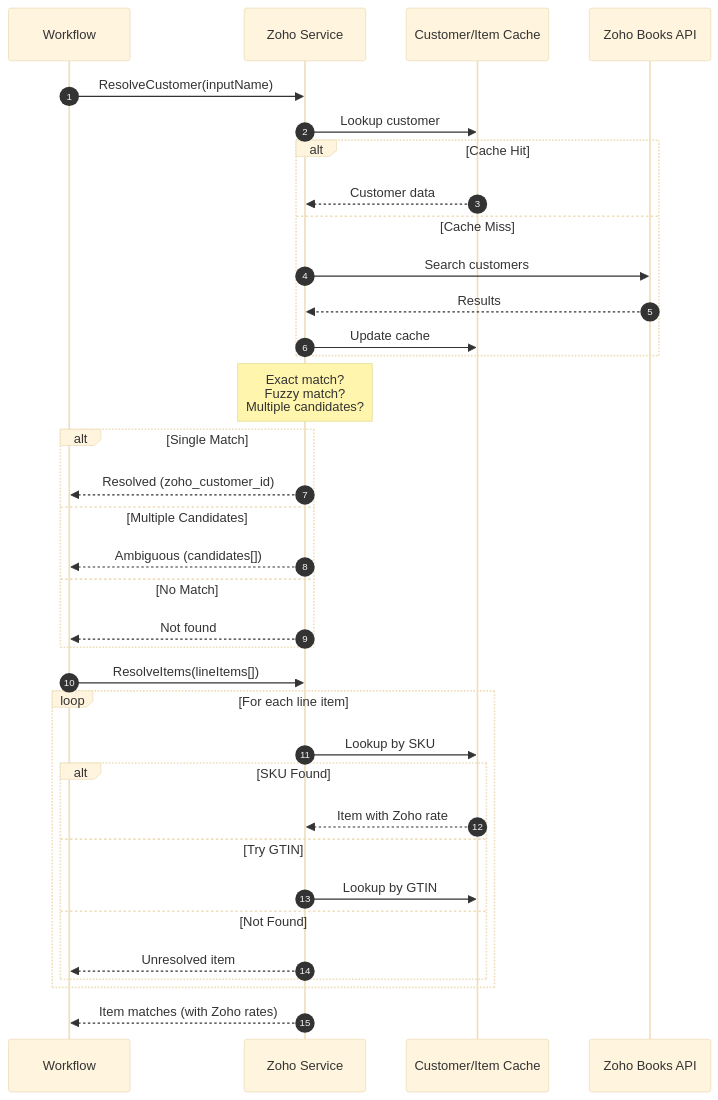
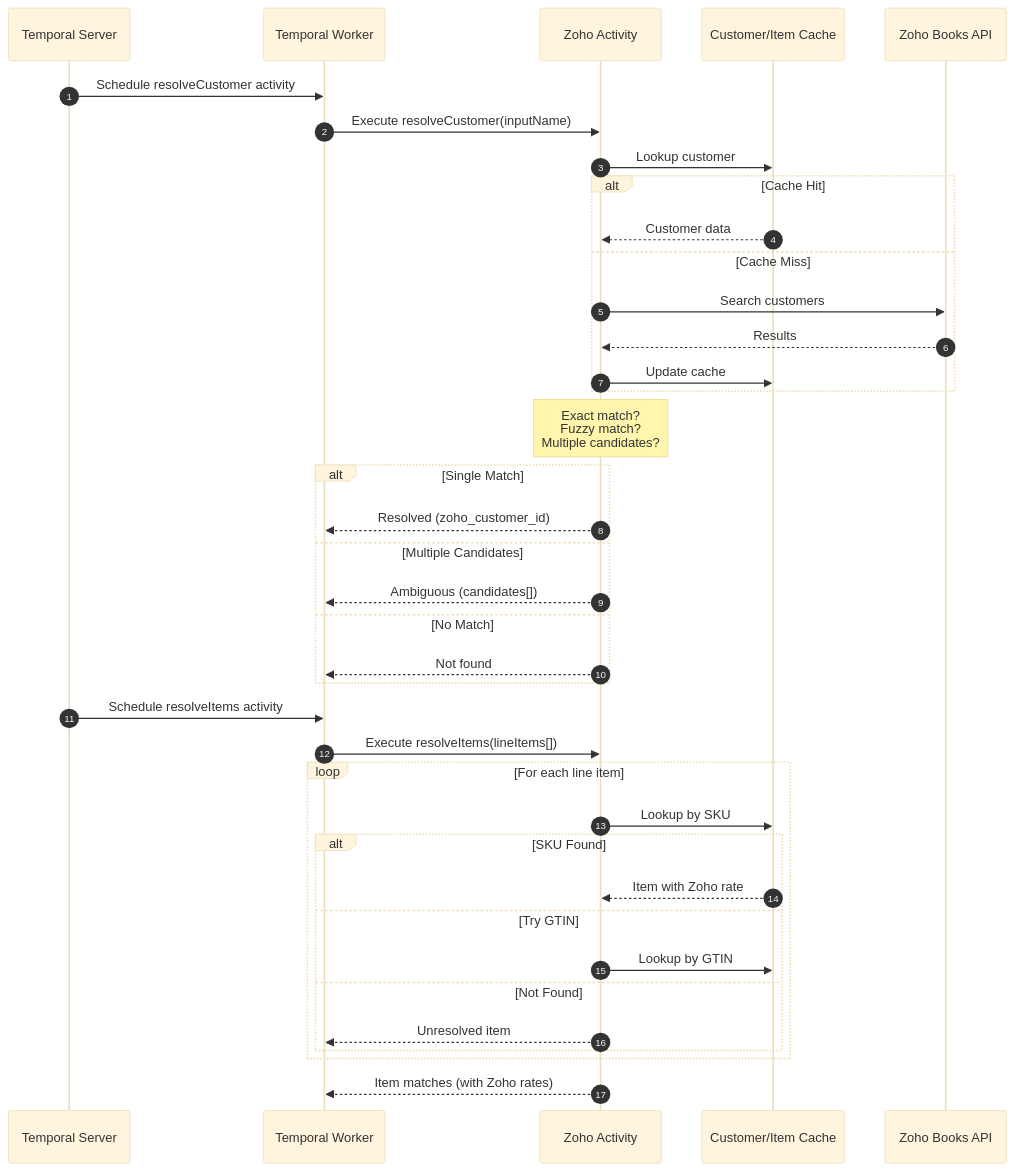
The sixth of 11 diagrams in app/docs/architecture/data-flow.md (CoronovirusG10/Zoho-order-processing), drawn with Mermaid (base theme) before and after one commit. The commit also changed other lines of this file and 40 other files, not shown here.

Commit message:
Add VM migration architecture, Temporal workflow implementation, and infrastructure updates

````diff
--- a/app/docs/architecture/data-flow.md
+++ b/app/docs/architecture/data-flow.md
@@ -189,44 +213,47 @@
 ```mermaid
 sequenceDiagram
     autonumber
-    participant W as Workflow
-    participant Z as Zoho Service
+    participant Temp as Temporal Server
+    participant W as Temporal Worker
+    participant Z as Zoho Activity
     participant Cache as Customer/Item Cache
     participant API as Zoho Books API
 
-    W->>Z: ResolveCustomer(inputName)
+    Temp->>W: Schedule resolveCustomer activity
+    W->>Z: Execute resolveCustomer(inputName)
     Z->>Cache: Lookup customer
 
     alt Cache Hit
         Cache-->>Z: Customer data
     else Cache Miss
         Z->>API: Search customers
         API-->>Z: Results
         Z->>Cache: Update cache
     end
 
     Note over Z: Exact match?<br/>Fuzzy match?<br/>Multiple candidates?
 
     alt Single Match
         Z-->>W: Resolved (zoho_customer_id)
     else Multiple Candidates
         Z-->>W: Ambiguous (candidates[])
     else No Match
         Z-->>W: Not found
     end
 
-    W->>Z: ResolveItems(lineItems[])
+    Temp->>W: Schedule resolveItems activity
+    W->>Z: Execute resolveItems(lineItems[])
 
     loop For each line item
         Z->>Cache: Lookup by SKU
         alt SKU Found
             Cache-->>Z: Item with Zoho rate
         else Try GTIN
             Z->>Cache: Lookup by GTIN
         else Not Found
             Z-->>W: Unresolved item
         end
     end
 
     Z-->>W: Item matches (with Zoho rates)
 ```
````
